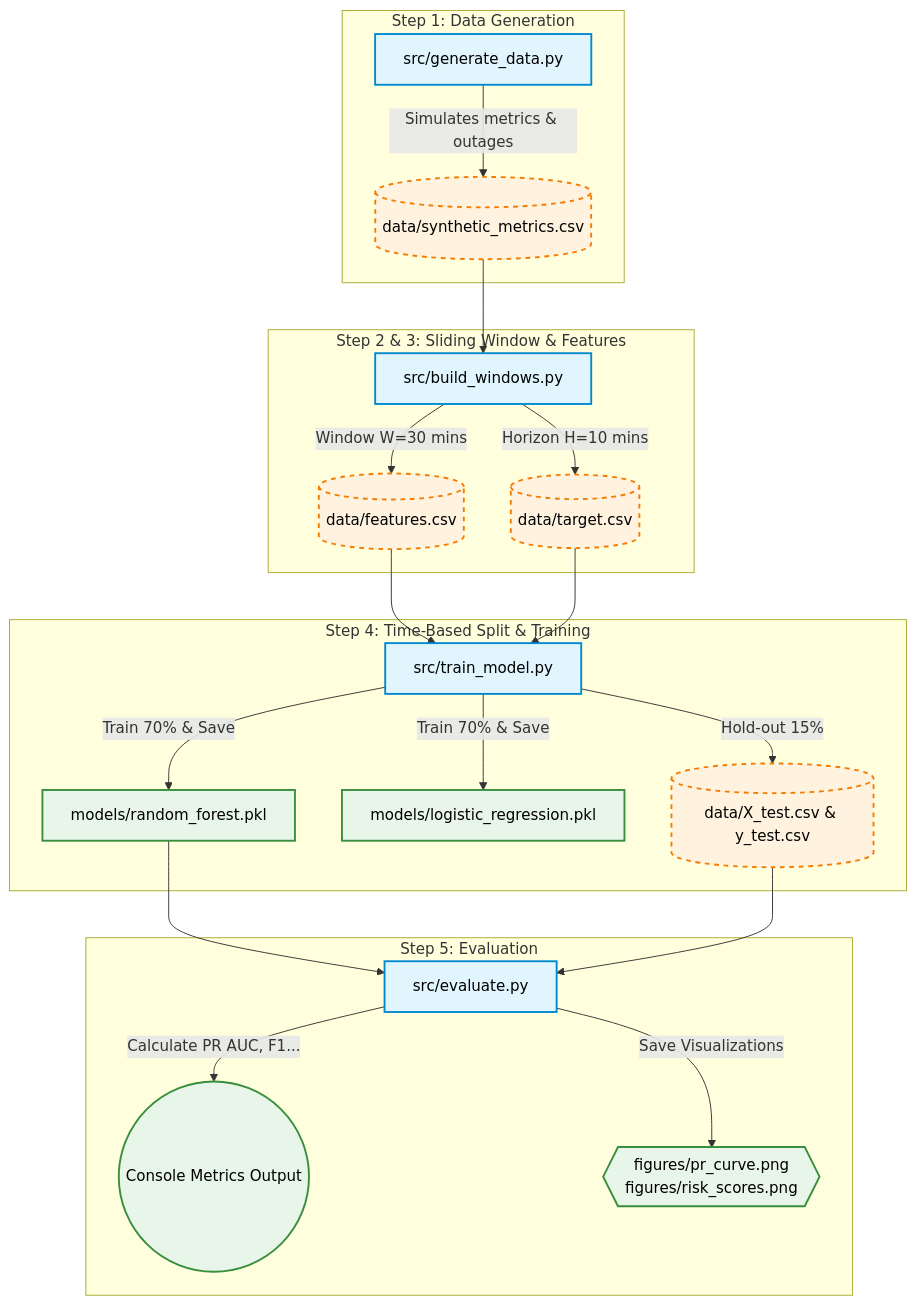
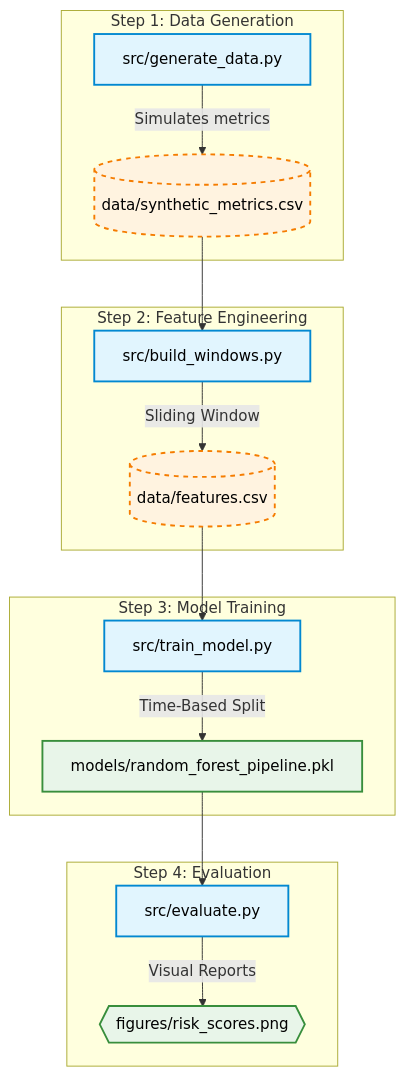
One commit to JinTonikCZ/cloud-metrics-incident-prediction changed the diagram in README.md. Above: the diagram before and after it, drawn with Mermaid. The commit also changed other lines of this file, not shown here.

````diff
--- a/README.md
+++ b/README.md
@@ -137,32 +73,26 @@
 ```mermaid
 flowchart TD
     %% Define styles for different node types
     classDef process fill:#e1f5fe,stroke:#0288d1,stroke-width:2px,color:#000;
     classDef data fill:#fff3e0,stroke:#f57c00,stroke-width:2px,stroke-dasharray: 5 5,color:#000;
     classDef artifact fill:#e8f5e9,stroke:#388e3c,stroke-width:2px,color:#000;
 
     subgraph Step 1: Data Generation
-        A[src/generate_data.py]:::process -->|Simulates metrics & outages| B[(data/synthetic_metrics.csv)]:::data
+        A[src/generate_data.py]:::process -->|Simulates metrics| B[(data/synthetic_metrics.csv)]:::data
     end
 
-    subgraph Step 2 & 3: Sliding Window & Features
+    subgraph Step 2: Feature Engineering
         B --> C[src/build_windows.py]:::process
-        C -->|Window W=30 mins| D[(data/features.csv)]:::data
-        C -->|Horizon H=10 mins| E[(data/target.csv)]:::data
+        C -->|Sliding Window| D[(data/features.csv)]:::data
     end
 
-    subgraph Step 4: Time-Based Split & Training
+    subgraph Step 3: Model Training
         D --> F[src/train_model.py]:::process
-        E --> F
-        F -->|Train 70% & Save| G[models/random_forest.pkl]:::artifact
-        F -->|Train 70% & Save| H[models/logistic_regression.pkl]:::artifact
-        F -->|Hold-out 15%| I[(data/X_test.csv & y_test.csv)]:::data
+        F -->|Time-Based Split| G[models/random_forest_pipeline.pkl]:::artifact
     end
 
-    subgraph Step 5: Evaluation
+    subgraph Step 4: Evaluation
         G --> J[src/evaluate.py]:::process
-        I --> J
-        J -->|Calculate PR AUC, F1...| K((Console Metrics Output)):::artifact
-        J -->|Save Visualizations| L{{figures/pr_curve.png\nfigures/risk_scores.png}}:::artifact
+        J -->|Visual Reports| L{{figures/risk_scores.png}}:::artifact
     end
 ```
````
